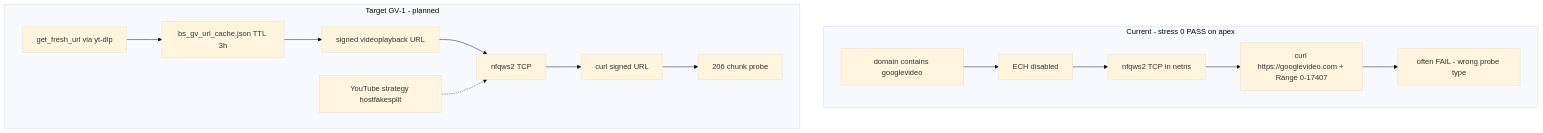
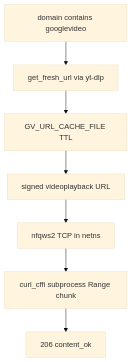
Before and after one commit to zhoel-sherk/blockcheckS: the fourth of 4 diagrams in docs/architecture.md, drawn with Mermaid (base theme). The commit also changed other lines of this file and 12 other files, not shown here.

First line of the commit message:
feat(alpha): Wave1 probe API, preset path jail, architecture docs

````diff
--- a/docs/architecture.md
+++ b/docs/architecture.md
@@ -125,22 +157,11 @@
 ```mermaid
 flowchart TD
-  subgraph current [Current - stress 0 PASS on apex]
-    domGV[domain contains googlevideo]
-    echOff[ECH disabled]
-    curlApex["curl https://googlevideo.com + Range 0-17407"]
-    nfqTCP[nfqws2 TCP in netns]
-    resultApex[often FAIL - wrong probe type]
-    domGV --> echOff --> nfqTCP --> curlApex --> resultApex
-  end
-
-  subgraph target [Target GV-1 - planned]
-    ytdlp[get_fresh_url via yt-dlp]
-    cache[bs_gv_url_cache.json TTL 3h]
-    signedURL[signed videoplayback URL]
-    curlVP[curl signed URL]
-    hostfake[YouTube strategy hostfakesplit]
-    resultChunk[206 chunk probe]
-    ytdlp --> cache --> signedURL --> nfqTCP2[nfqws2 TCP] --> curlVP --> resultChunk
-    hostfake -.-> nfqTCP2
-  end
+  domGV[domain contains googlevideo]
+  ytdlp[get_fresh_url via yt-dlp]
+  cache[GV_URL_CACHE_FILE TTL]
+  signedURL[signed videoplayback URL]
+  nfqTCP[nfqws2 TCP in netns]
+  curlVP[curl_cffi subprocess Range chunk]
+  resultChunk[206 content_ok]
+  domGV --> ytdlp --> cache --> signedURL --> nfqTCP --> curlVP --> resultChunk
 ```
````
